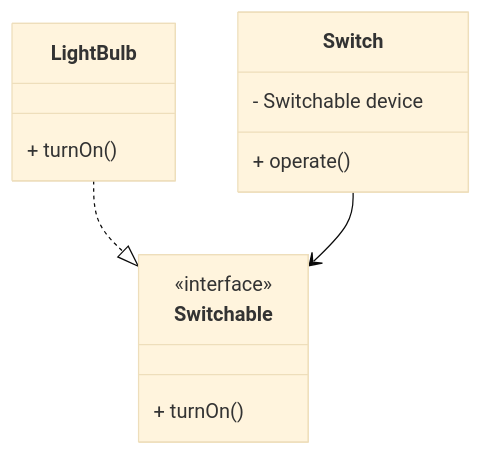
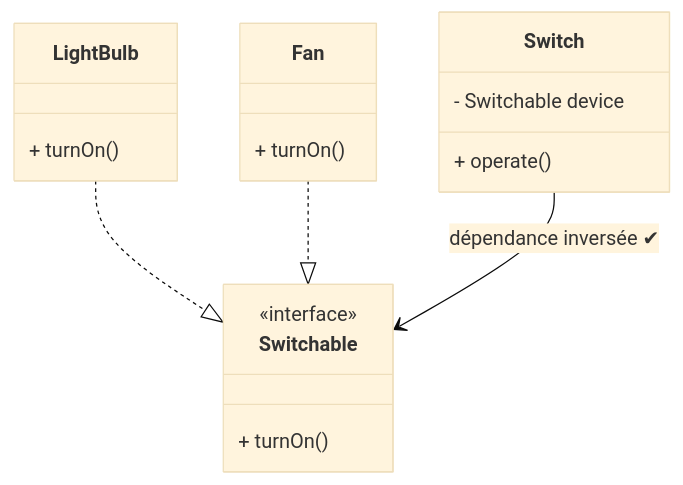
Diagram 18 of 19 in 06-PARTIE4-JAVA/01-Java – Modélisation Objet et Principes SOLID.md (hrhouma1/Programmation-objet-2), drawn with Mermaid (base theme) before and after one commit. The commit also changed other lines of this file, not shown here.

````diff
--- a/06-PARTIE4-JAVA/01-Java – Modélisation Objet et Principes SOLID.md
+++ b/06-PARTIE4-JAVA/01-Java – Modélisation Objet et Principes SOLID.md
@@ -311,16 +756,20 @@
 ```mermaid
 classDiagram
     class Switchable {
         <<interface>>
         + turnOn()
     }
     class LightBulb {
         + turnOn()
     }
+    class Fan {
+        + turnOn()
+    }
     class Switch {
         - Switchable device
         + operate()
     }
     LightBulb ..|> Switchable
-    Switch --> Switchable
+    Fan ..|> Switchable
+    Switch --> Switchable : dépendance inversée ✔
 ```
````
